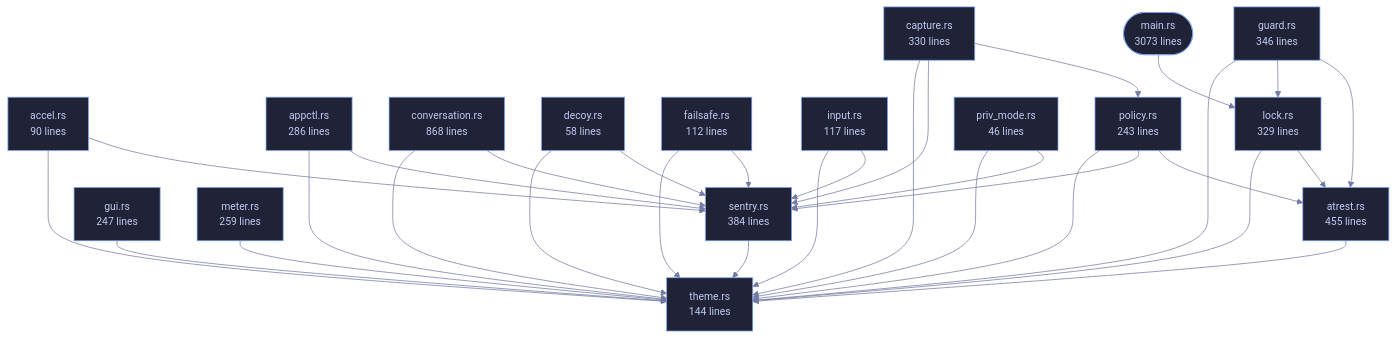
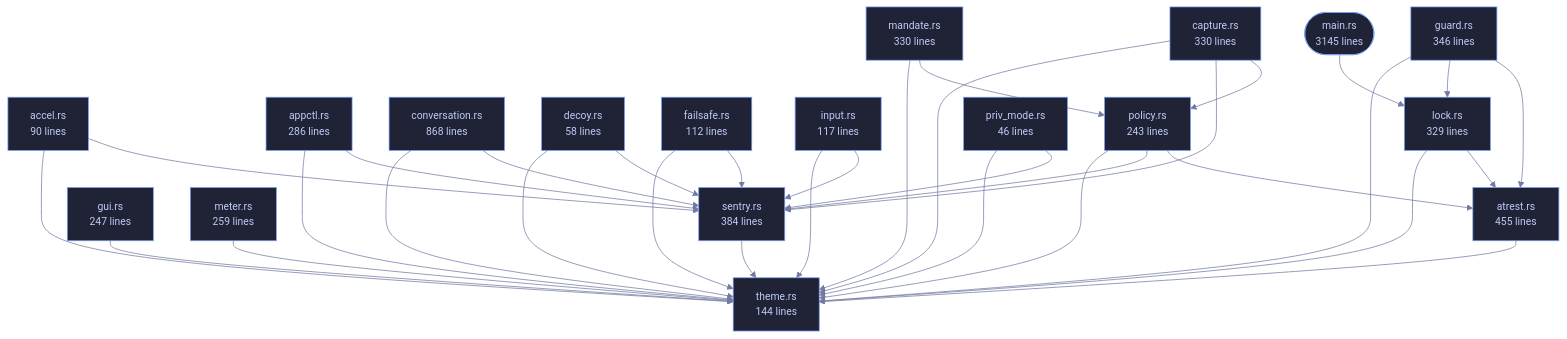
One commit to tilas01/veilvoice changed the diagram in wiki/Crate-veilvoice-cli.md. Above: the diagram before and after it, drawn with Mermaid. The commit also changed other lines of this file and 98 other files, not shown here.

````diff
--- a/wiki/Crate-veilvoice-cli.md
+++ b/wiki/Crate-veilvoice-cli.md
@@ -97,68 +97,72 @@
 ```mermaid
 %%{init: {"theme":"base","themeVariables":{"background":"#1a1b26","primaryColor":"#1f2335","primaryTextColor":"#c0caf5","primaryBorderColor":"#7aa2f7","secondaryColor":"#16161e","tertiaryColor":"#16161e","lineColor":"#737aa2","textColor":"#c0caf5","mainBkg":"#1f2335","nodeBorder":"#7aa2f7","clusterBkg":"#16161e","clusterBorder":"#2f3549","fontFamily":"ui-monospace, SFMono-Regular, Consolas, monospace","fontSize":"14px"}}}%%
 flowchart TD
-    n_main(["main.rs<br/>3073 lines"])
+    n_main(["main.rs<br/>3145 lines"])
     n_accel["accel.rs<br/>90 lines"]
     n_appctl["appctl.rs<br/>286 lines"]
     n_atrest["atrest.rs<br/>455 lines"]
     n_capture["capture.rs<br/>330 lines"]
     n_conversation["conversation.rs<br/>868 lines"]
     n_decoy["decoy.rs<br/>58 lines"]
     n_failsafe["failsafe.rs<br/>112 lines"]
     n_guard["guard.rs<br/>346 lines"]
     n_gui["gui.rs<br/>247 lines"]
     n_input["input.rs<br/>117 lines"]
     n_lock["lock.rs<br/>329 lines"]
+    n_mandate["mandate.rs<br/>330 lines"]
     n_meter["meter.rs<br/>259 lines"]
     n_policy["policy.rs<br/>243 lines"]
     n_priv_mode["priv_mode.rs<br/>46 lines"]
     n_sentry["sentry.rs<br/>384 lines"]
     n_theme["theme.rs<br/>144 lines"]
     n_accel --> n_sentry
     n_accel --> n_theme
     n_appctl --> n_sentry
     n_appctl --> n_theme
     n_atrest --> n_theme
     n_capture --> n_policy
     n_capture --> n_sentry
     n_capture --> n_theme
     n_conversation --> n_sentry
     n_conversation --> n_theme
     n_decoy --> n_sentry
     n_decoy --> n_theme
     n_failsafe --> n_sentry
     n_failsafe --> n_theme
     n_guard --> n_atrest
     n_guard --> n_lock
     n_guard --> n_theme
     n_gui --> n_theme
     n_input --> n_sentry
     n_input --> n_theme
     n_lock --> n_atrest
     n_lock --> n_theme
     n_main --> n_lock
+    n_mandate --> n_policy
+    n_mandate --> n_theme
     n_meter --> n_theme
     n_policy --> n_atrest
     n_policy --> n_sentry
     n_policy --> n_theme
     n_priv_mode --> n_sentry
     n_priv_mode --> n_theme
     n_sentry --> n_theme
     click n_main href "https://github.com/tilas01/veilvoice/blob/main/crates/veilvoice-cli/src/main.rs" "open the source"
     click n_accel href "https://github.com/tilas01/veilvoice/blob/main/crates/veilvoice-cli/src/accel.rs" "open the source"
     click n_appctl href "https://github.com/tilas01/veilvoice/blob/main/crates/veilvoice-cli/src/appctl.rs" "open the source"
     click n_atrest href "https://github.com/tilas01/veilvoice/blob/main/crates/veilvoice-cli/src/atrest.rs" "open the source"
     click n_capture href "https://github.com/tilas01/veilvoice/blob/main/crates/veilvoice-cli/src/capture.rs" "open the source"
     click n_conversation href "https://github.com/tilas01/veilvoice/blob/main/crates/veilvoice-cli/src/conversation.rs" "open the source"
     click n_decoy href "https://github.com/tilas01/veilvoice/blob/main/crates/veilvoice-cli/src/decoy.rs" "open the source"
     click n_failsafe href "https://github.com/tilas01/veilvoice/blob/main/crates/veilvoice-cli/src/failsafe.rs" "open the source"
     click n_guard href "https://github.com/tilas01/veilvoice/blob/main/crates/veilvoice-cli/src/guard.rs" "open the source"
     click n_gui href "https://github.com/tilas01/veilvoice/blob/main/crates/veilvoice-cli/src/gui.rs" "open the source"
     click n_input href "https://github.com/tilas01/veilvoice/blob/main/crates/veilvoice-cli/src/input.rs" "open the source"
     click n_lock href "https://github.com/tilas01/veilvoice/blob/main/crates/veilvoice-cli/src/lock.rs" "open the source"
+    click n_mandate href "https://github.com/tilas01/veilvoice/blob/main/crates/veilvoice-cli/src/mandate.rs" "open the source"
     click n_meter href "https://github.com/tilas01/veilvoice/blob/main/crates/veilvoice-cli/src/meter.rs" "open the source"
     click n_policy href "https://github.com/tilas01/veilvoice/blob/main/crates/veilvoice-cli/src/policy.rs" "open the source"
     click n_priv_mode href "https://github.com/tilas01/veilvoice/blob/main/crates/veilvoice-cli/src/priv_mode.rs" "open the source"
     click n_sentry href "https://github.com/tilas01/veilvoice/blob/main/crates/veilvoice-cli/src/sentry.rs" "open the source"
     click n_theme href "https://github.com/tilas01/veilvoice/blob/main/crates/veilvoice-cli/src/theme.rs" "open the source"
 ```
````
